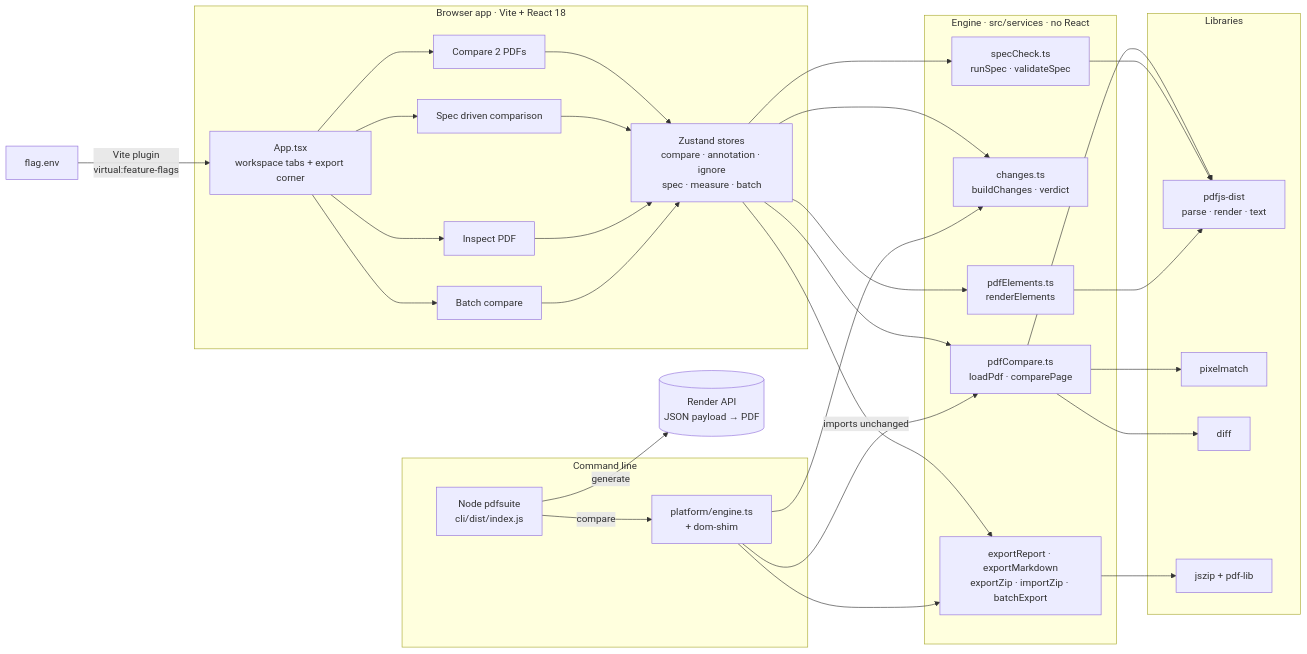
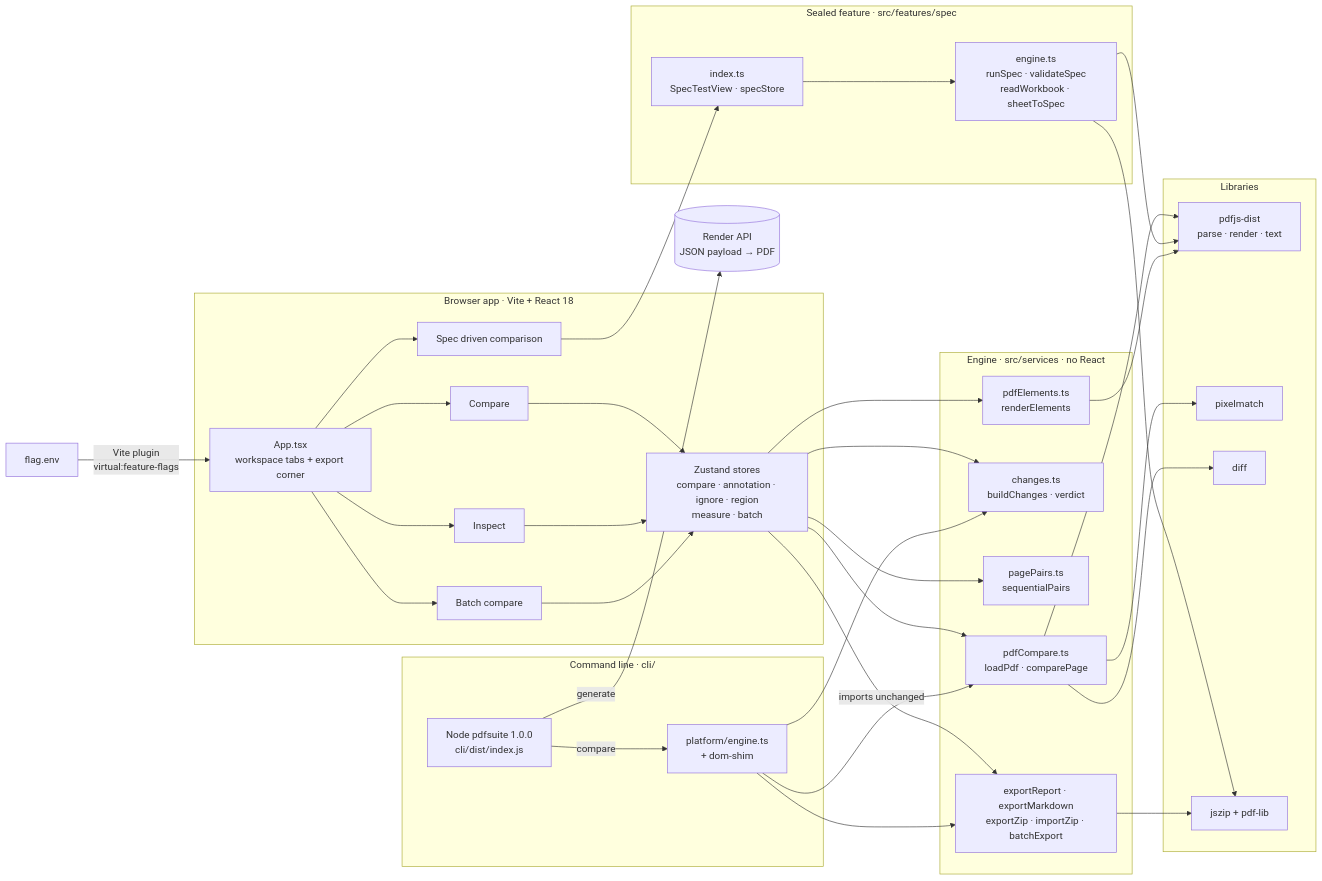
Before and after one commit to arpitarya/pdf-testing-suite: the first of 25 diagrams in docs/ARCHITECTURE.md, drawn with Mermaid. The commit also changed other lines of this file and 157 other files, not shown here.

````diff
--- a/docs/ARCHITECTURE.md
+++ b/docs/ARCHITECTURE.md
@@ -33,41 +39,47 @@
 ```mermaid
 flowchart LR
   subgraph BROWSER["Browser app · Vite + React 18"]
     SHELL["App.tsx<br/>workspace tabs + export corner"]
-    WS1["Compare 2 PDFs"]
+    WS1["Compare"]
     WS2["Spec driven comparison"]
-    WS3["Inspect PDF"]
+    WS3["Inspect"]
     WS4["Batch compare"]
-    STORES["Zustand stores<br/>compare · annotation · ignore<br/>spec · measure · batch"]
+    STORES["Zustand stores<br/>compare · annotation · ignore · region<br/>measure · batch"]
     SHELL --> WS1 & WS2 & WS3 & WS4
-    WS1 & WS2 & WS3 & WS4 --> STORES
+    WS1 & WS3 & WS4 --> STORES
   end
   subgraph ENGINE["Engine · src/services · no React"]
     CMPS["pdfCompare.ts<br/>loadPdf · comparePage"]
     CHG["changes.ts<br/>buildChanges · verdict"]
-    SPC["specCheck.ts<br/>runSpec · validateSpec"]
+    PP["pagePairs.ts<br/>sequentialPairs"]
     ELM["pdfElements.ts<br/>renderElements"]
     EXP["exportReport · exportMarkdown<br/>exportZip · importZip · batchExport"]
+  end
+  subgraph SEALED["Sealed feature · src/features/spec"]
+    SIDX["index.ts<br/>SpecTestView · specStore"]
+    SENG["engine.ts<br/>runSpec · validateSpec<br/>readWorkbook · sheetToSpec"]
+    SIDX --> SENG
   end
   subgraph LIBS["Libraries"]
     PDFJS["pdfjs-dist<br/>parse · render · text"]
     PXM["pixelmatch"]
     DIF["diff"]
     ZL["jszip + pdf-lib"]
   end
   FLAGS["flag.env"] -->|"Vite plugin<br/>virtual:feature-flags"| SHELL
-  STORES --> CMPS & CHG & SPC & ELM & EXP
+  WS2 --> SIDX
+  STORES --> CMPS & CHG & PP & ELM & EXP
   CMPS --> PDFJS & PXM & DIF
-  SPC --> PDFJS
+  SENG --> PDFJS & ZL
   ELM --> PDFJS
   EXP --> ZL
-  subgraph CLIS["Command line"]
-    NODE["Node pdfsuite<br/>cli/dist/index.js"]
+  subgraph CLIS["Command line · cli/"]
+    NODE["Node pdfsuite 1.0.0<br/>cli/dist/index.js"]
     SEAM["platform/engine.ts<br/>+ dom-shim"]
   end
   API[("Render API<br/>JSON payload → PDF")]
   NODE -->|generate| API
   NODE -->|compare| SEAM
   SEAM -->|"imports unchanged"| CMPS
   SEAM --> CHG & EXP
 ```
````
